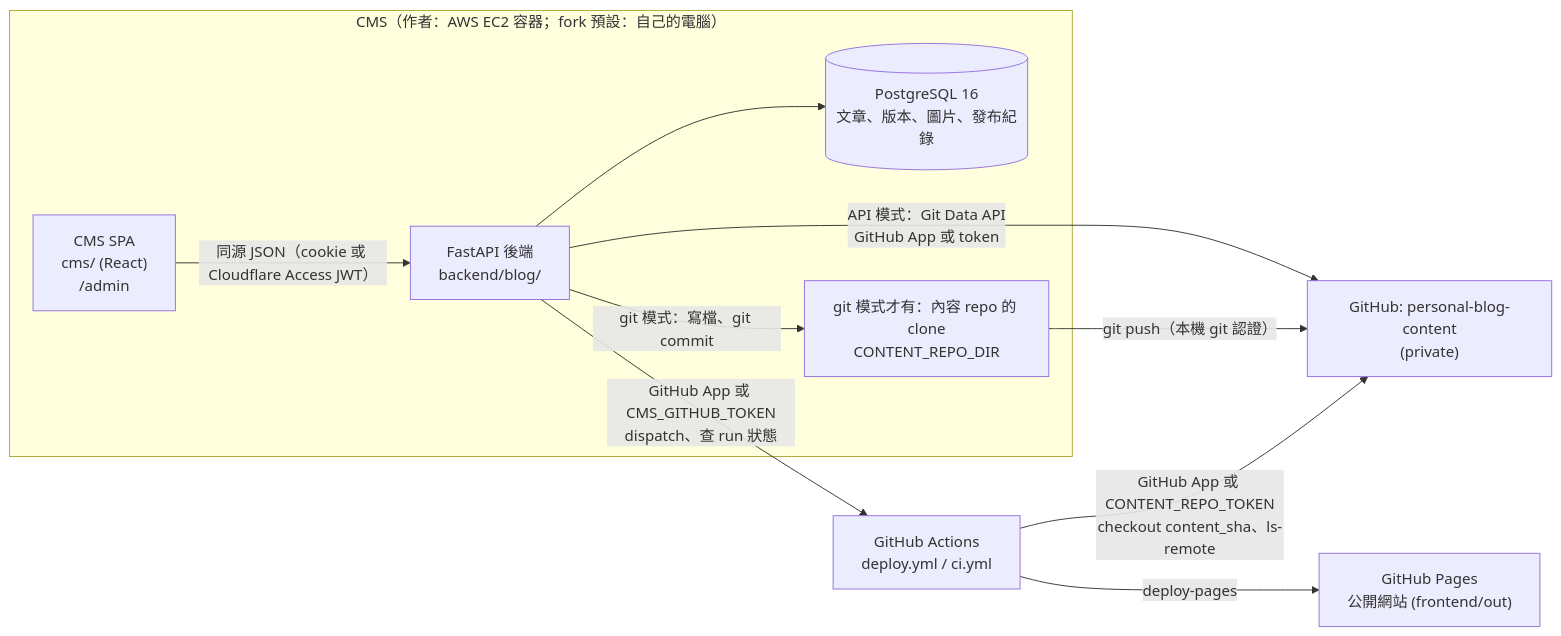
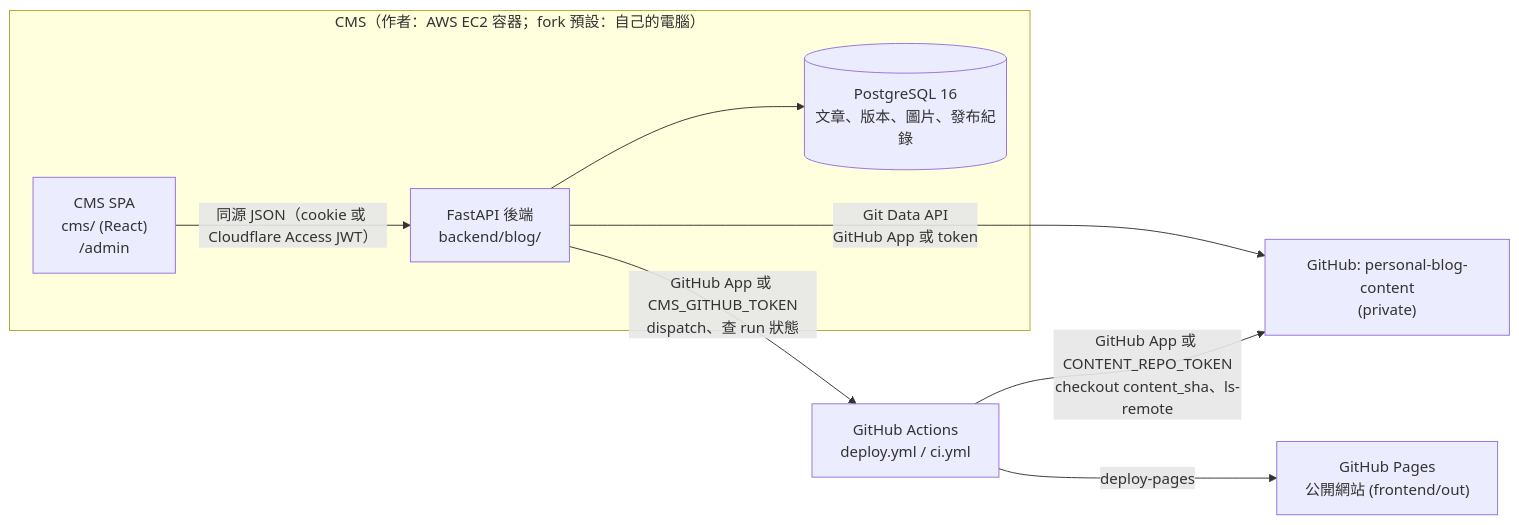
Before and after one commit to Hack-Ray/personal-blog: the first of 3 diagrams in docs/architecture/how-it-works.md, drawn with Mermaid. The commit also changed other lines of this file and 28 other files, not shown here.

````diff
--- a/docs/architecture/how-it-works.md
+++ b/docs/architecture/how-it-works.md
@@ -17,21 +15,18 @@
 ```mermaid
 flowchart LR
   subgraph cms["CMS（作者：AWS EC2 容器；fork 預設：自己的電腦）"]
     SPA["CMS SPA<br/>cms/ (React)<br/>/admin"]
     API["FastAPI 後端<br/>backend/blog/"]
     PG[("PostgreSQL 16<br/>文章、版本、圖片、發布紀錄")]
-    CLONE["git 模式才有：內容 repo 的 clone<br/>CONTENT_REPO_DIR"]
   end
   CONTENT["GitHub: personal-blog-content<br/>(private)"]
   GHA["GitHub Actions<br/>deploy.yml / ci.yml"]
   PAGES["GitHub Pages<br/>公開網站 (frontend/out)"]
 
   SPA -- "同源 JSON（cookie 或 Cloudflare Access JWT）" --> API
   API --> PG
-  API -- "API 模式：Git Data API<br/>GitHub App 或 token" --> CONTENT
-  API -- "git 模式：寫檔、git commit" --> CLONE
-  CLONE -- "git push（本機 git 認證）" --> CONTENT
+  API -- "Git Data API<br/>GitHub App 或 token" --> CONTENT
   API -- "GitHub App 或 CMS_GITHUB_TOKEN<br/>dispatch、查 run 狀態" --> GHA
   GHA -- "GitHub App 或 CONTENT_REPO_TOKEN<br/>checkout content_sha、ls-remote" --> CONTENT
   GHA -- "deploy-pages" --> PAGES
 ```
````
